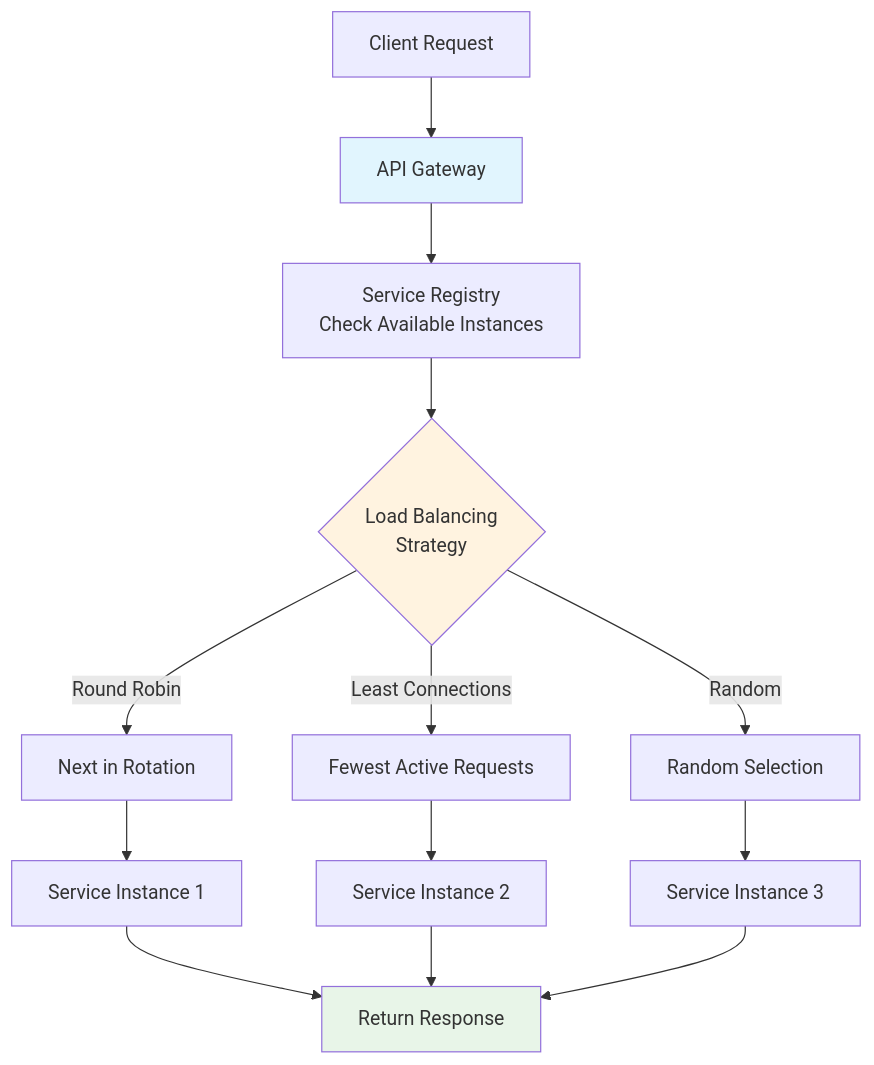
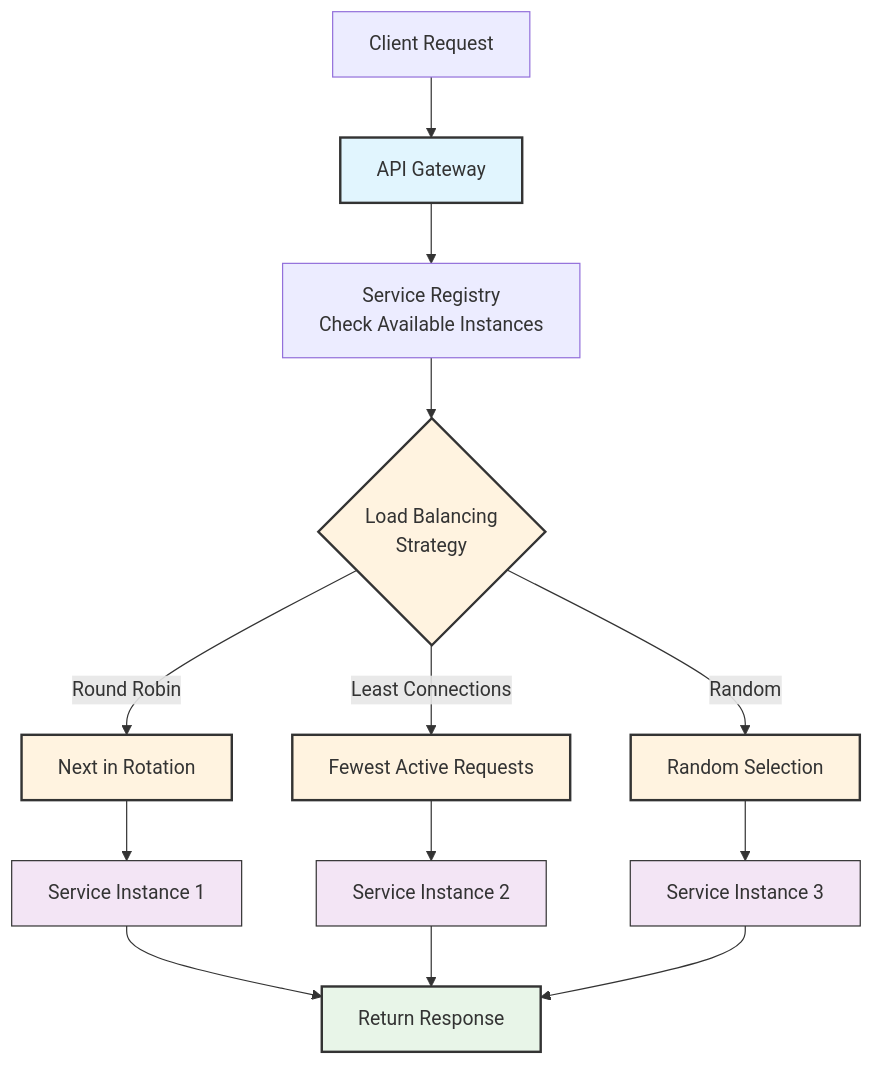
One commit to sudhan-m/munshi changed diagram 14 of 16 in src/api-gateway/README.md. Above: the diagram before and after it, drawn with Mermaid. The commit also changed other lines of this file and 3 other files, not shown here.

First line of the commit message:
Update documentation with proper Mermaid diagrams and current architecture

````diff
--- a/src/api-gateway/README.md
+++ b/src/api-gateway/README.md
@@ -809,24 +817,30 @@
 ```mermaid
 flowchart TD
     CLIENT[Client Request] --> GATEWAY[API Gateway]
     
     GATEWAY --> REGISTRY[Service Registry<br/>Check Available Instances]
     
     REGISTRY --> STRATEGY{Load Balancing<br/>Strategy}
     
     STRATEGY -->|Round Robin| RR[Next in Rotation]
     STRATEGY -->|Least Connections| LC[Fewest Active Requests]
     STRATEGY -->|Random| RAND[Random Selection]
     
     RR --> INSTANCE1[Service Instance 1]
     LC --> INSTANCE2[Service Instance 2]
     RAND --> INSTANCE3[Service Instance 3]
     
     INSTANCE1 --> RESPONSE[Return Response]
     INSTANCE2 --> RESPONSE
     INSTANCE3 --> RESPONSE
     
-    style GATEWAY fill:#e1f5fe
-    style STRATEGY fill:#fff3e0
-    style RESPONSE fill:#e8f5e8
+    classDef gateway fill:#e1f5fe,stroke:#333,stroke-width:2px
+    classDef strategy fill:#fff3e0,stroke:#333,stroke-width:2px
+    classDef response fill:#e8f5e8,stroke:#333,stroke-width:2px
+    classDef instance fill:#f3e5f5,stroke:#333,stroke-width:1px
+    
+    class GATEWAY gateway
+    class STRATEGY,RR,LC,RAND strategy
+    class RESPONSE response
+    class INSTANCE1,INSTANCE2,INSTANCE3 instance
 ```
````
